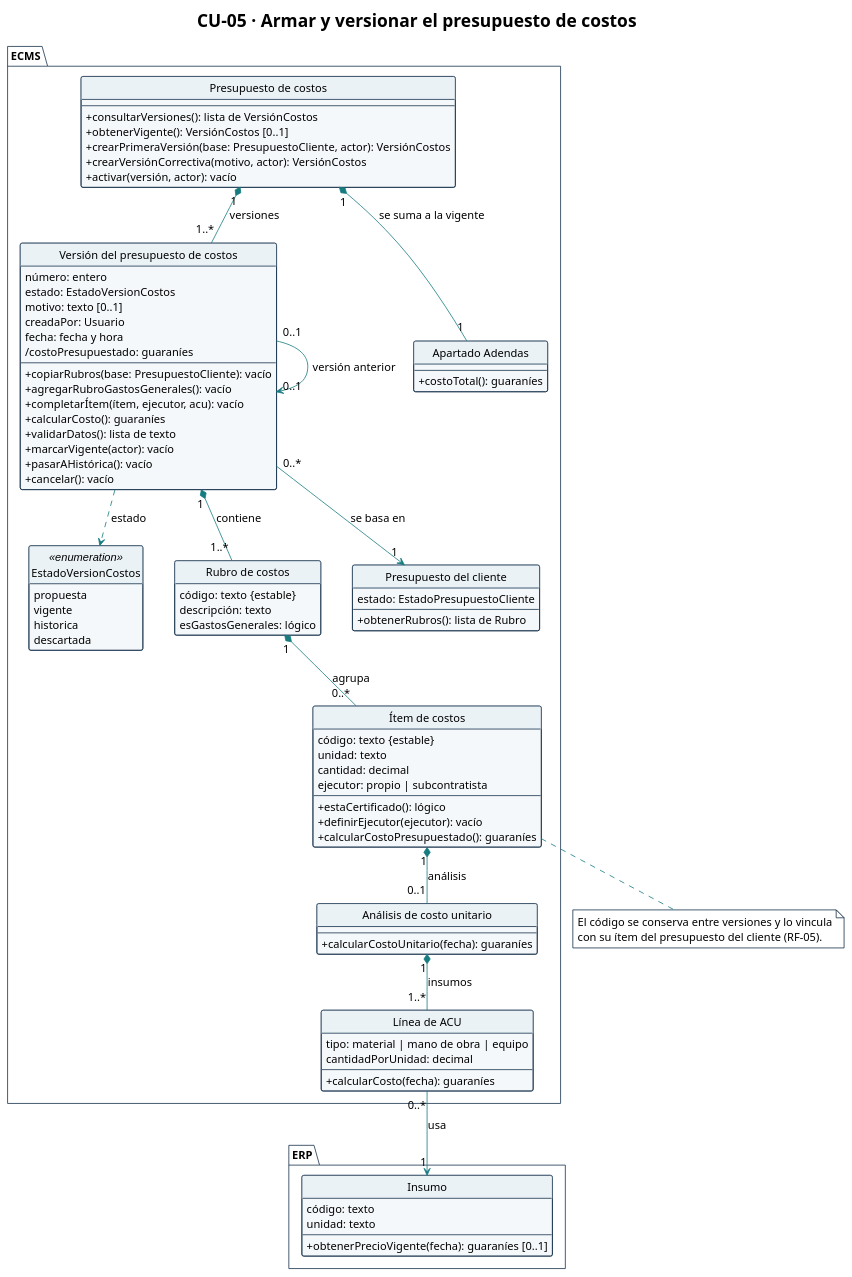
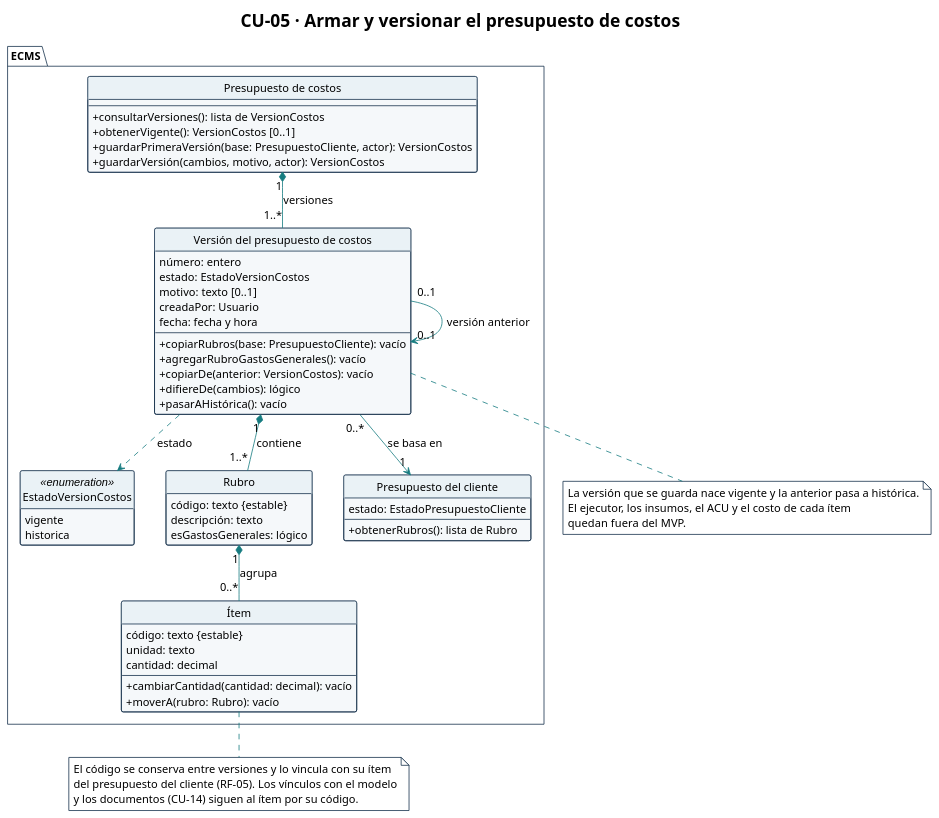
The diagram in diagramas/CU-05-clases.puml (Ssrrb/tpf-uca), drawn with PlantUML before and after one commit. The commit also changed 41 other files, not shown here.

First line of the commit message:
Diagramas de los 16 CU en el MVP: ajustes de CU-01 a CU-09 y diagramas nuevos de CU-10 a CU-16

```diff
--- a/diagramas/CU-05-clases.puml
+++ b/diagramas/CU-05-clases.puml
@@ -1,130 +1,98 @@
 @startuml
 !theme plain
 skinparam style strictuml
 title CU-05 · Armar y versionar el presupuesto de costos
 hide circle
 hide empty methods
 hide empty fields
 skinparam shadowing false
 skinparam classAttributeIconSize 0
 skinparam defaultFontName Arial
 skinparam defaultFontSize 14
 skinparam nodesep 40
 skinparam ranksep 50
 skinparam ArrowColor #167C80
 skinparam class {
   BackgroundColor #F5F8FA
   BorderColor #17324D
   HeaderBackgroundColor #EAF2F6
 }
 skinparam package {
   BackgroundColor #FFFFFF
   BorderColor #17324D
 }
 skinparam note {
   BackgroundColor #FFFFFF
   BorderColor #17324D
 }
 package "ECMS" {
   class "Presupuesto de costos" as PresupuestoCostos {
     --
-    + consultarVersiones(): lista de VersiónCostos
-    + obtenerVigente(): VersiónCostos [0..1]
-    + crearPrimeraVersión(base: PresupuestoCliente, actor): VersiónCostos
-    + crearVersiónCorrectiva(motivo, actor): VersiónCostos
-    + activar(versión, actor): vacío
+    + consultarVersiones(): lista de VersionCostos
+    + obtenerVigente(): VersionCostos [0..1]
+    + guardarPrimeraVersión(base: PresupuestoCliente, actor): VersionCostos
+    + guardarVersión(cambios, motivo, actor): VersionCostos
   }
 
   enum EstadoVersionCostos <<enumeration>> {
-    propuesta
     vigente
     historica
-    descartada
   }
 
   class "Versión del presupuesto de costos" as VersionCostos {
     número: entero
     estado: EstadoVersionCostos
     motivo: texto [0..1]
     creadaPor: Usuario
     fecha: fecha y hora
-    /costoPresupuestado: guaraníes
     --
     + copiarRubros(base: PresupuestoCliente): vacío
     + agregarRubroGastosGenerales(): vacío
-    + completarÍtem(ítem, ejecutor, acu): vacío
-    + calcularCosto(): guaraníes
-    + validarDatos(): lista de texto
-    + marcarVigente(actor): vacío
+    + copiarDe(anterior: VersionCostos): vacío
+    + difiereDe(cambios): lógico
     + pasarAHistórica(): vacío
-    + cancelar(): vacío
   }
 
-  class "Rubro de costos" as RubroCostos {
+  class Rubro {
     código: texto {estable}
     descripción: texto
     esGastosGenerales: lógico
   }
 
-  class "Ítem de costos" as ItemCostos {
+  class "Ítem" as Item {
     código: texto {estable}
     unidad: texto
     cantidad: decimal
-    ejecutor: propio | subcontratista
     --
-    + estaCertificado(): lógico
-    + definirEjecutor(ejecutor): vacío
-    + calcularCostoPresupuestado(): guaraníes
-  }
-
-  class "Análisis de costo unitario" as ACU {
-    --
-    + calcularCostoUnitario(fecha): guaraníes
-  }
-
-  class "Línea de ACU" as LineaACU {
-    tipo: material | mano de obra | equipo
-    cantidadPorUnidad: decimal
-    --
-    + calcularCosto(fecha): guaraníes
+    + cambiarCantidad(cantidad: decimal): vacío
+    + moverA(rubro: Rubro): vacío
   }
 
   class "Presupuesto del cliente" as PresupuestoCliente {
     estado: EstadoPresupuestoCliente
     --
     + obtenerRubros(): lista de Rubro
   }
-
-  class "Apartado Adendas" as ApartadoAdendas {
-    --
-    + costoTotal(): guaraníes
-  }
-}
-
-package "ERP" {
-  class Insumo {
-    código: texto
-    unidad: texto
-    --
-    + obtenerPrecioVigente(fecha): guaraníes [0..1]
-  }
 }
 
 PresupuestoCostos "1" *-- "1..*" VersionCostos : versiones
-PresupuestoCostos "1" *-- "1" ApartadoAdendas : se suma a la vigente
 VersionCostos "0..*" --> "1" PresupuestoCliente : se basa en
 VersionCostos "0..1" --> "0..1" VersionCostos : versión anterior
-VersionCostos "1" *-- "1..*" RubroCostos : contiene
-RubroCostos "1" *-- "0..*" ItemCostos : agrupa
-ItemCostos "1" *-- "0..1" ACU : análisis
-ACU "1" *-- "1..*" LineaACU : insumos
-LineaACU "0..*" --> "1" Insumo : usa
+VersionCostos "1" *-- "1..*" Rubro : contiene
+Rubro "1" *-- "0..*" Item : agrupa
 
 VersionCostos ..> EstadoVersionCostos : estado
 
-note bottom of ItemCostos
-  El código se conserva entre versiones y lo vincula
-  con su ítem del presupuesto del cliente (RF-05).
+note bottom of Item
+  El código se conserva entre versiones y lo vincula con su ítem
+  del presupuesto del cliente (RF-05). Los vínculos con el modelo
+  y los documentos (CU-14) siguen al ítem por su código.
+end note
+
+note bottom of VersionCostos
+  La versión que se guarda nace vigente y la anterior pasa a histórica.
+  El ejecutor, los insumos, el ACU y el costo de cada ítem
+  quedan fuera del MVP.
 end note
 
 @enduml
```
